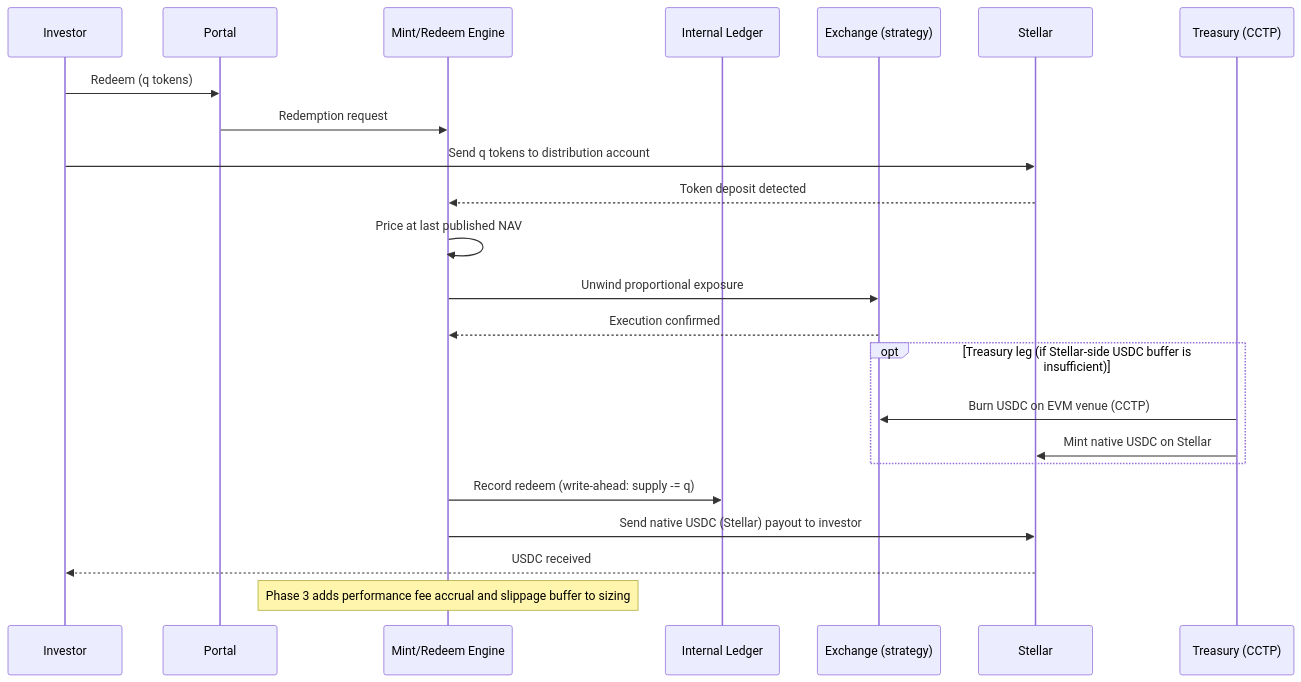
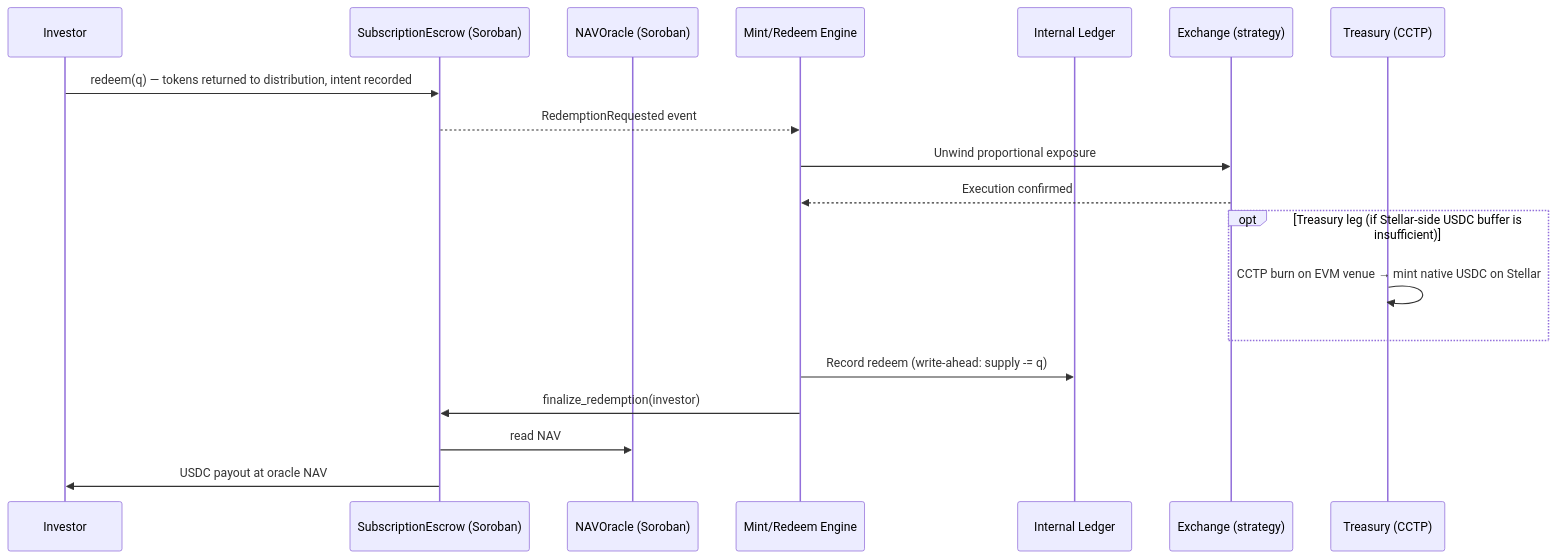
Before and after one commit to trakx/stellar-strategy-rails: the fourth of 4 diagrams in docs/ARCHITECTURE.md, drawn with Mermaid. The commit also changed other lines of this file, not shown here.

First line of the commit message:
Revise architecture documentation for clarity and updates

````diff
--- a/docs/ARCHITECTURE.md
+++ b/docs/ARCHITECTURE.md
@@ -125,27 +156,22 @@
 ```mermaid
 sequenceDiagram
     participant I as Investor
-    participant P as Portal
+    participant ESC as SubscriptionEscrow (Soroban)
+    participant ORC as NAVOracle (Soroban)
     participant M as Mint/Redeem Engine
     participant L as Internal Ledger
     participant E as Exchange (strategy)
-    participant S as Stellar
-
     participant T as Treasury (CCTP)
 
-    I->>P: Redeem (q tokens)
-    P->>M: Redemption request
-    I->>S: Send q tokens to distribution account
-    S-->>M: Token deposit detected
-    M->>M: Price at last published NAV
+    I->>ESC: redeem(q) — tokens returned to distribution, intent recorded
+    ESC-->>M: RedemptionRequested event
     M->>E: Unwind proportional exposure
     E-->>M: Execution confirmed
     opt Treasury leg (if Stellar-side USDC buffer is insufficient)
-        T->>E: Burn USDC on EVM venue (CCTP)
-        T->>S: Mint native USDC on Stellar
+        T->>T: CCTP burn on EVM venue → mint native USDC on Stellar
     end
     M->>L: Record redeem (write-ahead: supply -= q)
-    M->>S: Send native USDC (Stellar) payout to investor
-    S-->>I: USDC received
-    Note over M: Phase 3 adds performance fee accrual and slippage buffer to sizing
+    M->>ESC: finalize_redemption(investor)
+    ESC->>ORC: read NAV
+    ESC->>I: USDC payout at oracle NAV
 ```
````
